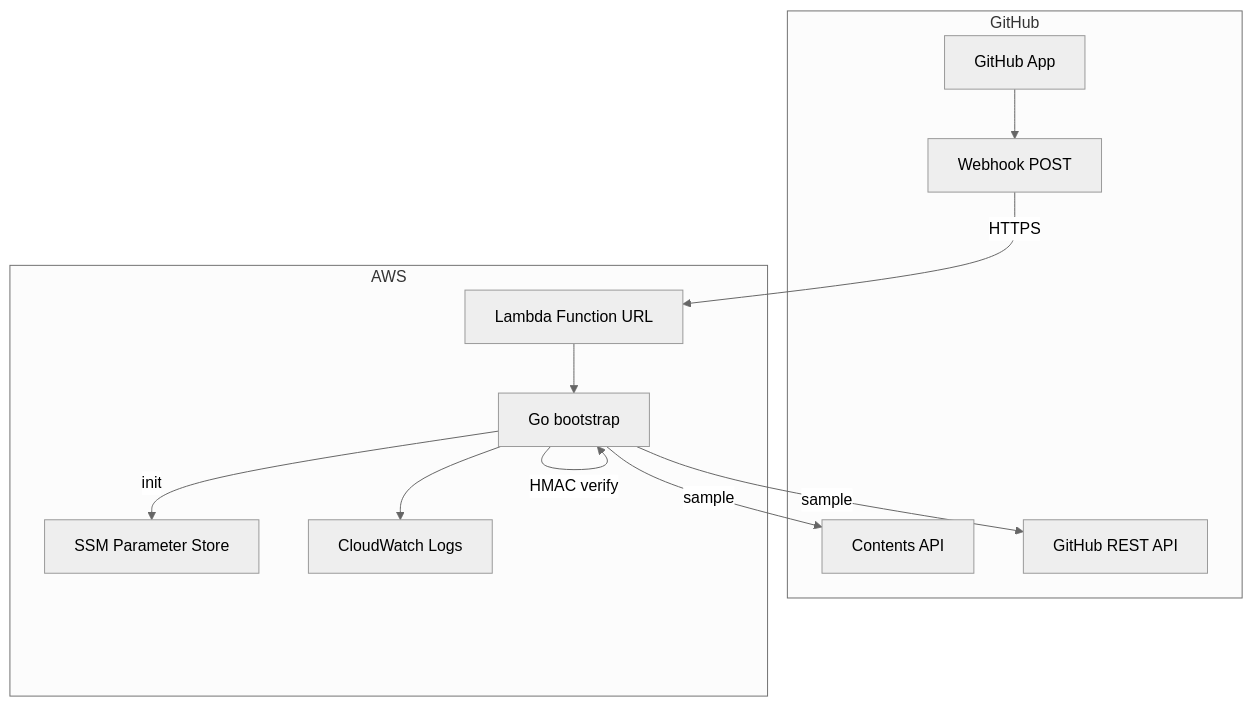
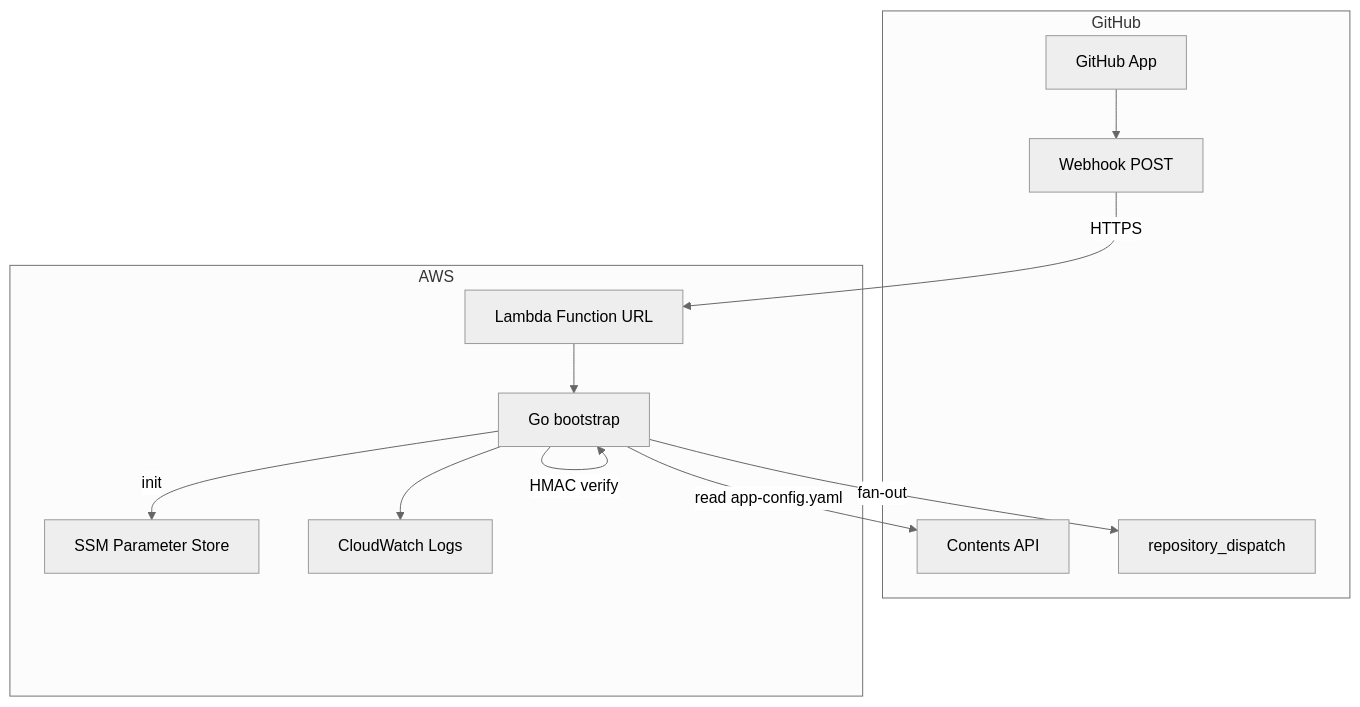
One commit to salsiy/bohobot changed the first of 2 diagrams in content/posts/tech-logs/serverless-github-apps-aws-reference-architecture.md. Above: the diagram before and after it, drawn with Mermaid (neutral theme). The commit also changed other lines of this file, not shown here.

Commit message:
fix: mermaid- diagram- serverless app

```diff
--- a/content/posts/tech-logs/serverless-github-apps-aws-reference-architecture.md
+++ b/content/posts/tech-logs/serverless-github-apps-aws-reference-architecture.md
@@ -35,23 +35,23 @@
 {{< mermaid >}}
 flowchart TB
     subgraph github [GitHub]
         App[GitHub App]
         Webhook[Webhook POST]
         ContentsAPI[Contents API]
-        RestAPI[GitHub REST API]
+        DispatchAPI[repository_dispatch]
     end
     subgraph aws [AWS]
         FuncURL[Lambda Function URL]
         Lambda[Go bootstrap]
         SSM[SSM Parameter Store]
         CW[CloudWatch Logs]
     end
     App --> Webhook
     Webhook -->|HTTPS| FuncURL
     FuncURL --> Lambda
     Lambda -->|init| SSM
     Lambda -->|HMAC verify| Lambda
-    Lambda -->|sample| ContentsAPI
-    Lambda -->|sample| RestAPI
+    Lambda -->|read app-config.yaml| ContentsAPI
+    Lambda -->|fan-out| DispatchAPI
     Lambda --> CW
 {{< /mermaid >}}
```
